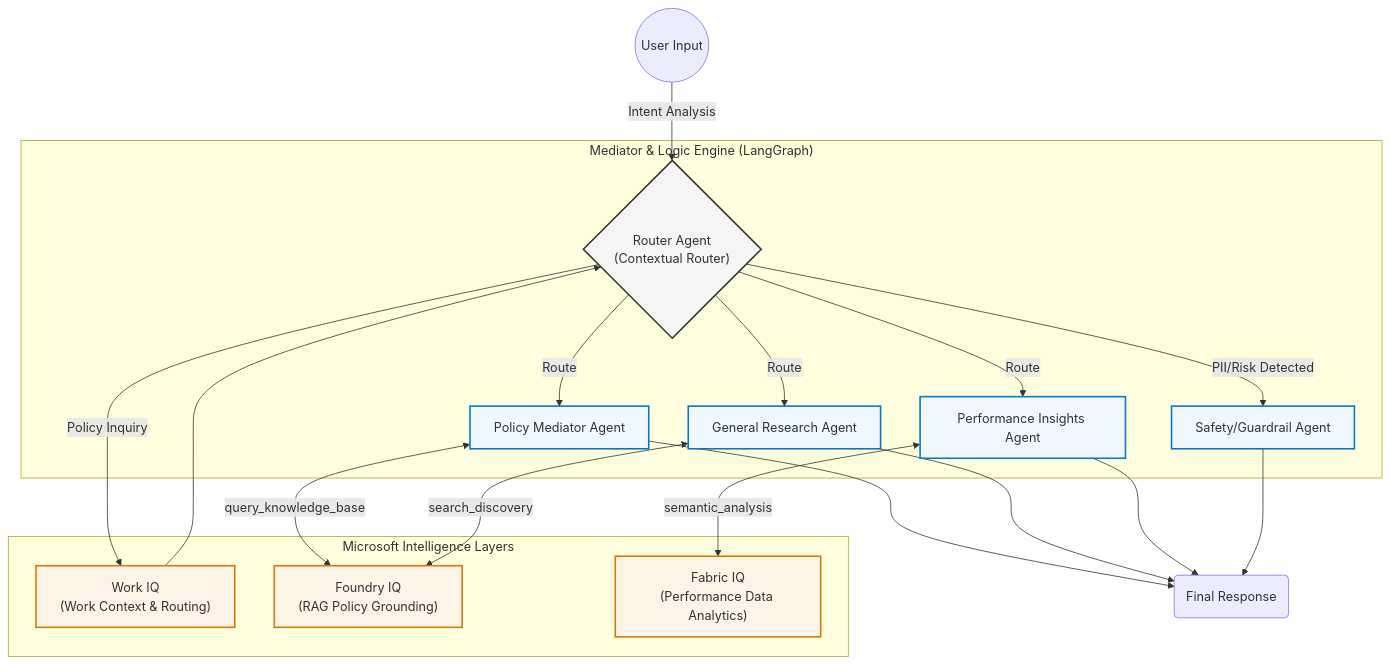
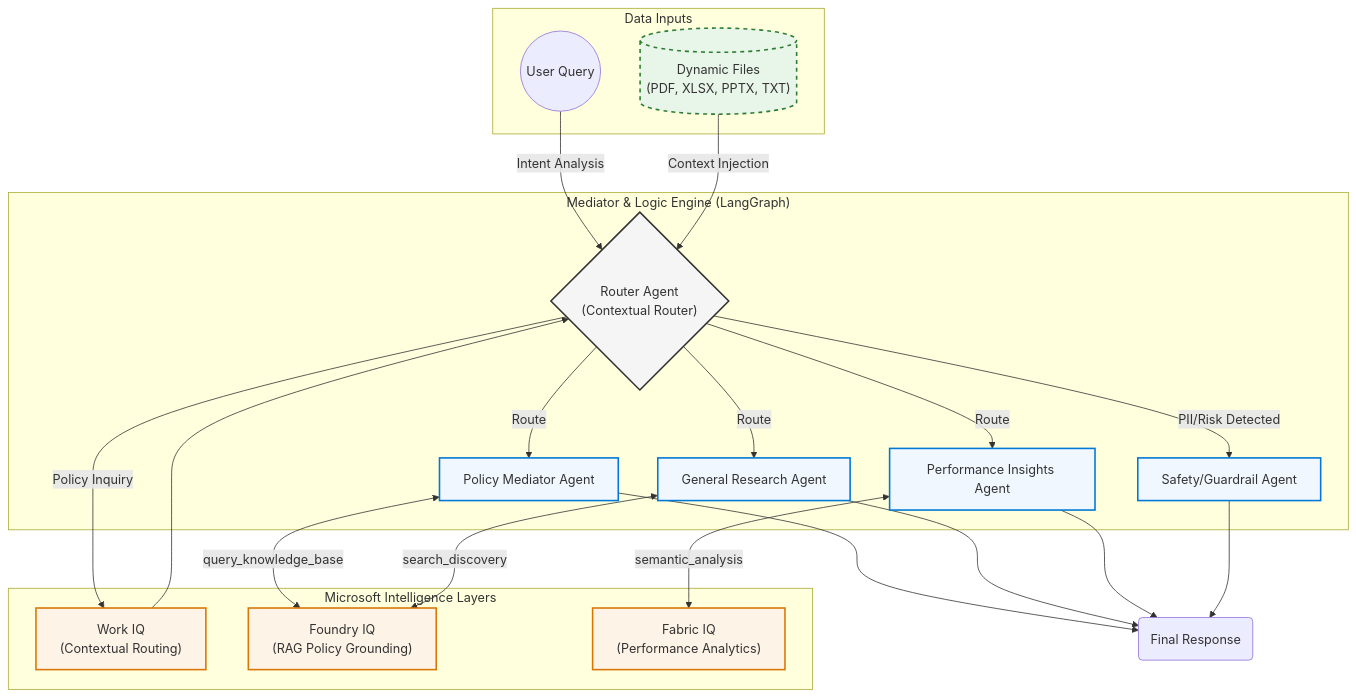
Before and after one commit to SaiKarthikeya1706/agents-league-mediator: the diagram in docs/architecture.md, drawn with Mermaid. The commit also changed 3 other files, not shown here.

Commit message:
architecture diagram update

````diff
--- a/docs/architecture.md
+++ b/docs/architecture.md
@@ -10,50 +10,60 @@
 ```mermaid
 graph TD
-    %% Nodes representing Agents and Logic Nodes
+    %% User Inputs
+    subgraph Inputs ["Data Inputs"]
+        User((User Query))
+        UserDocs[("Dynamic Files<br/>(PDF, XLSX, PPTX, TXT)")]
+    end
+
+    %% Reasoning & Orchestration Layer
     subgraph Orchestration ["Mediator & Logic Engine (LangGraph)"]
         RouterNode{"Router Agent<br/>(Contextual Router)"}
         PolicyAgent["Policy Mediator Agent"]
         LogicAgent["General Research Agent"]
         InsightsAgent["Performance Insights Agent"]
         SafetyAgent["Safety/Guardrail Agent"]
     end
 
     %% Integration with Microsoft IQ Layers
     subgraph IQ_Layers ["Microsoft Intelligence Layers"]
-        WorkIQ["Work IQ<br/>(Work Context & Routing)"]
+        WorkIQ["Work IQ<br/>(Contextual Routing)"]
         FoundryIQ["Foundry IQ<br/>(RAG Policy Grounding)"]
-        FabricIQ["Fabric IQ<br/>(Performance Data Analytics)"]
+        FabricIQ["Fabric IQ<br/>(Performance Analytics)"]
     end
 
-    %% User Flow
-    User((User Input)) -->|Intent Analysis| RouterNode
+    %% Updated Workflow
+    User -->|Intent Analysis| RouterNode
+    UserDocs -->|Context Injection| RouterNode
     
-    %% Routing Logic with IQ Mappings
+    %% Routing Logic
     RouterNode -->|PII/Risk Detected| SafetyAgent
     RouterNode -->|Policy Inquiry| WorkIQ
     WorkIQ --> RouterNode
     
     RouterNode -->|Route| PolicyAgent
     PolicyAgent <-->|query_knowledge_base| FoundryIQ
     
     RouterNode -->|Route| LogicAgent
     LogicAgent <-->|search_discovery| FoundryIQ
     
     RouterNode -->|Route| InsightsAgent
     InsightsAgent <-->|semantic_analysis| FabricIQ
 
     %% End Path
     PolicyAgent --> Final(Final Response)
     LogicAgent --> Final
     InsightsAgent --> Final
     SafetyAgent --> Final
 
-    %% Styling for sophistication
+    %% Styling
     classDef agent fill:#f0f7ff,stroke:#0078d4,stroke-width:2px;
     classDef iq fill:#fef3e7,stroke:#d97706,stroke-width:2px;
     classDef route fill:#f5f5f5,stroke:#333,stroke-width:2px;
+    classDef input fill:#e8f5e9,stroke:#2e7d32,stroke-width:2px,stroke-dasharray: 5 5;
     
     class PolicyAgent,LogicAgent,InsightsAgent,SafetyAgent agent;
     class WorkIQ,FoundryIQ,FabricIQ iq;
     class RouterNode route;
+    class UserDocs input;
+
 ```
````
